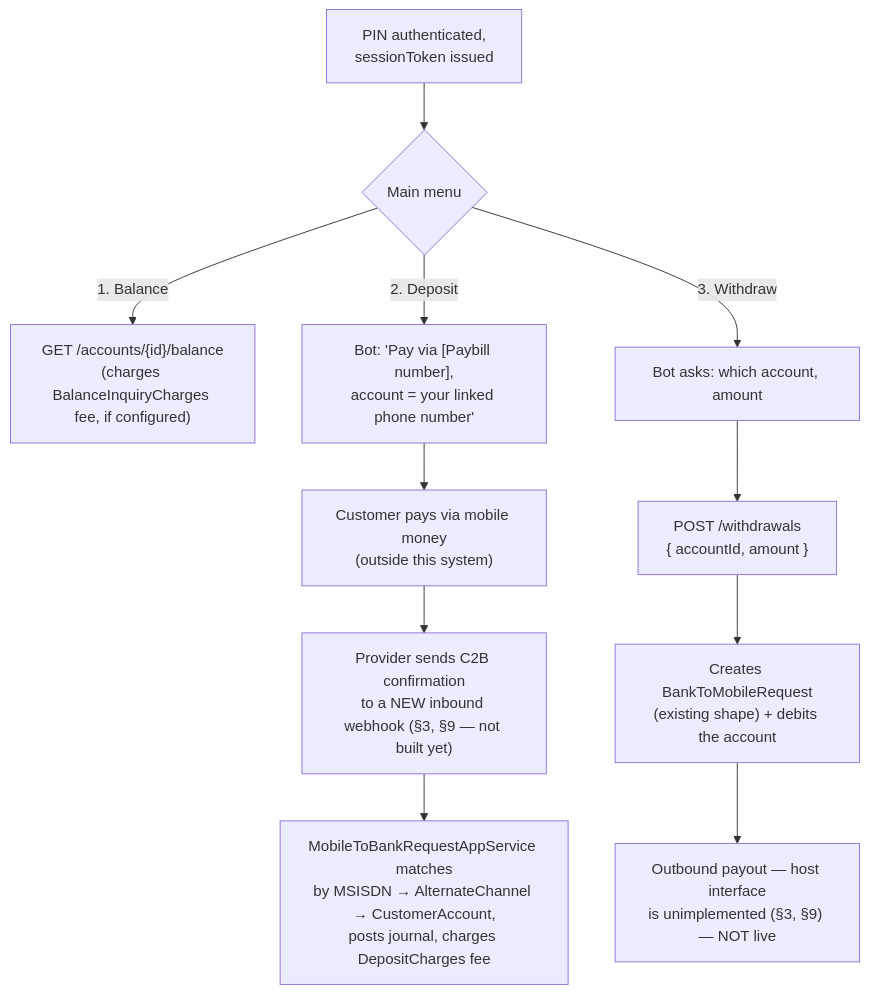
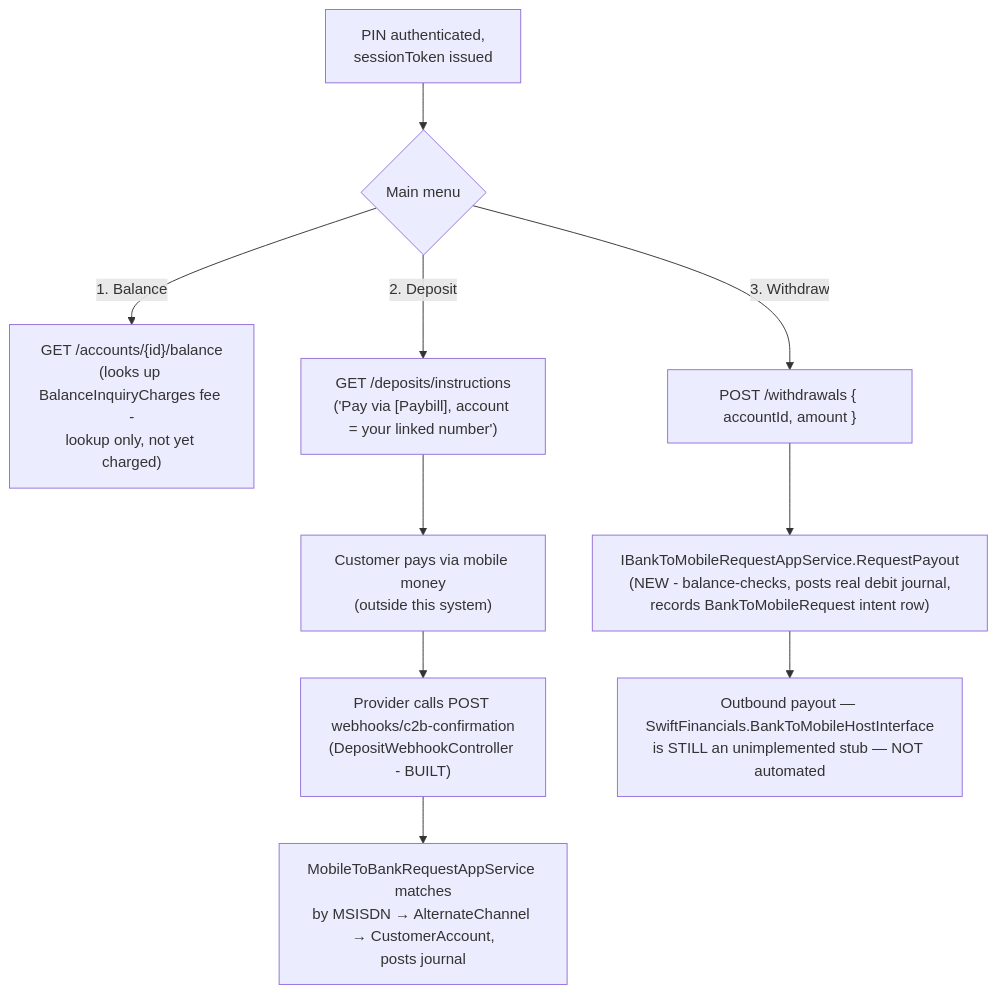
Before and after one commit to calvince-swizzsoft/Swift-Financials-FOSA: the fourth of 4 diagrams in WebApplication1/Areas/WhatsAppBanking/WORKFLOW.md, drawn with Mermaid. The commit also changed other lines of this file and 16 other files, not shown here.

````diff
--- a/WebApplication1/Areas/WhatsAppBanking/WORKFLOW.md
+++ b/WebApplication1/Areas/WhatsAppBanking/WORKFLOW.md
@@ -356,13 +364,12 @@
 ```mermaid
 flowchart TD
     A["PIN authenticated,\nsessionToken issued"] --> B{"Main menu"}
-    B -->|"1. Balance"| C["GET /accounts/{id}/balance\n(charges BalanceInquiryCharges fee, if configured)"]
-    B -->|"2. Deposit"| D["Bot: 'Pay via [Paybill number],\naccount = your linked phone number'"]
-    B -->|"3. Withdraw"| E["Bot asks: which account, amount"]
+    B -->|"1. Balance"| C["GET /accounts/{id}/balance\n(looks up BalanceInquiryCharges fee -\nlookup only, not yet charged)"]
+    B -->|"2. Deposit"| D["GET /deposits/instructions\n('Pay via [Paybill], account = your linked number')"]
+    B -->|"3. Withdraw"| E["POST /withdrawals { accountId, amount }"]
     D --> F["Customer pays via mobile money\n(outside this system)"]
-    F --> G["Provider sends C2B confirmation\nto a NEW inbound webhook (§3, §9 — not built yet)"]
-    G --> H["MobileToBankRequestAppService matches\nby MSISDN → AlternateChannel → CustomerAccount,\nposts journal, charges DepositCharges fee"]
-    E --> I["POST /withdrawals\n{ accountId, amount }"]
-    I --> J["Creates BankToMobileRequest\n(existing shape) + debits the account"]
-    J --> K["Outbound payout — host interface\nis unimplemented (§3, §9) — NOT live"]
+    F --> G["Provider calls POST webhooks/c2b-confirmation\n(DepositWebhookController - BUILT)"]
+    G --> H["MobileToBankRequestAppService matches\nby MSISDN → AlternateChannel → CustomerAccount,\nposts journal"]
+    E --> I["IBankToMobileRequestAppService.RequestPayout\n(NEW - balance-checks, posts real debit journal,\nrecords BankToMobileRequest intent row)"]
+    I --> J["Outbound payout — SwiftFinancials.BankToMobileHostInterface\nis STILL an unimplemented stub — NOT automated"]
 ```
````
